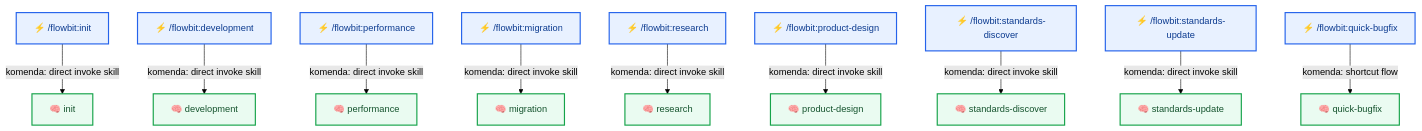
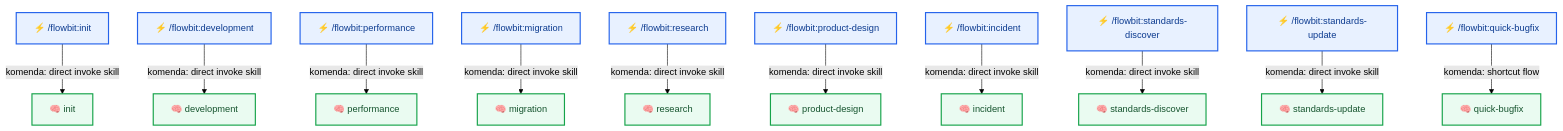
One commit to plucins/flowbit changed the third of 8 diagrams in docs/flow/overview.md. Above: the diagram before and after it, drawn with Mermaid (forest theme). The commit also changed other lines of this file and 15 other files, not shown here.

````diff
--- a/docs/flow/overview.md
+++ b/docs/flow/overview.md
@@ -89,17 +93,18 @@
 ```mermaid
 graph TD
   INIT["⚡ /flowbit:init"] -- "komenda: direct invoke skill" --> S_INIT["🧠 init"]
   DEV["⚡ /flowbit:development"] -- "komenda: direct invoke skill" --> S_DEV["🧠 development"]
   PERF["⚡ /flowbit:performance"] -- "komenda: direct invoke skill" --> S_PERF["🧠 performance"]
   MIG["⚡ /flowbit:migration"] -- "komenda: direct invoke skill" --> S_MIG["🧠 migration"]
   RES["⚡ /flowbit:research"] -- "komenda: direct invoke skill" --> S_RES["🧠 research"]
   PD["⚡ /flowbit:product-design"] -- "komenda: direct invoke skill" --> S_PD["🧠 product-design"]
+  INC["⚡ /flowbit:incident"] -- "komenda: direct invoke skill" --> S_INC["🧠 incident"]
   STD_DISC["⚡ /flowbit:standards-discover"] -- "komenda: direct invoke skill" --> S_STD_DISC["🧠 standards-discover"]
   STD_UPD["⚡ /flowbit:standards-update"] -- "komenda: direct invoke skill" --> S_STD_UPD["🧠 standards-update"]
   QBUG["⚡ /flowbit:quick-bugfix"] -- "komenda: shortcut flow" --> S_QBUG["🧠 quick-bugfix"]
 
   classDef cmd fill:#E8F1FF,stroke:#2563EB,stroke-width:2px,color:#0B3A8F;
   classDef skill fill:#EAFBF1,stroke:#16A34A,stroke-width:2px,color:#14532D;
-  class INIT,DEV,PERF,MIG,RES,PD,STD_DISC,STD_UPD,QBUG cmd;
-  class S_INIT,S_DEV,S_PERF,S_MIG,S_RES,S_PD,S_STD_DISC,S_STD_UPD,S_QBUG skill;
+  class INIT,DEV,PERF,MIG,RES,PD,INC,STD_DISC,STD_UPD,QBUG cmd;
+  class S_INIT,S_DEV,S_PERF,S_MIG,S_RES,S_PD,S_INC,S_STD_DISC,S_STD_UPD,S_QBUG skill;
 ```
````
